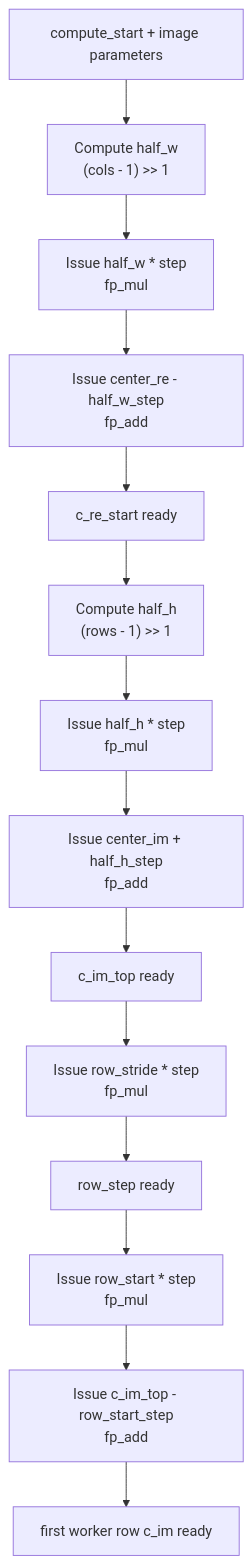
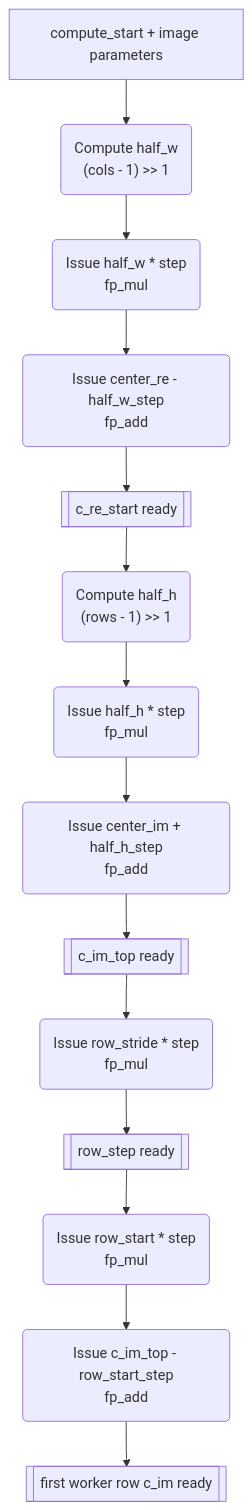
One commit to RESBI/FPGA-Mandelbrot-Demo changed the third of 11 diagrams in ARCHITECTURE.md. Above: the diagram before and after it, drawn with Mermaid. The commit also changed other lines of this file, not shown here.

Commit message:
Differentiate pipeline diagram stages

````diff
--- a/ARCHITECTURE.md
+++ b/ARCHITECTURE.md
@@ -326,16 +330,16 @@
 ```mermaid
 flowchart TB
-    START["compute_start + image parameters"] --> HW["Compute half_w<br/>(cols - 1) >> 1"]
-    HW --> MW["Issue half_w * step<br/>fp_mul"]
-    MW --> RE0["Issue center_re - half_w_step<br/>fp_add"]
-    RE0 --> CRE["c_re_start ready"]
-    CRE --> HH["Compute half_h<br/>(rows - 1) >> 1"]
-    HH --> MH["Issue half_h * step<br/>fp_mul"]
-    MH --> IMTOP["Issue center_im + half_h_step<br/>fp_add"]
-    IMTOP --> CIMTOP["c_im_top ready"]
-    CIMTOP --> RS["Issue row_stride * step<br/>fp_mul"]
-    RS --> ROWSTEP["row_step ready"]
-    ROWSTEP --> RSOFF["Issue row_start * step<br/>fp_mul"]
-    RSOFF --> RSUB["Issue c_im_top - row_start_step<br/>fp_add"]
-    RSUB --> FIRSTROW["first worker row c_im ready"]
+    START["compute_start + image parameters"] --> HW("Compute half_w<br/>(cols - 1) >> 1")
+    HW --> MW("Issue half_w * step<br/>fp_mul")
+    MW --> RE0("Issue center_re - half_w_step<br/>fp_add")
+    RE0 --> CRE[["c_re_start ready"]]
+    CRE --> HH("Compute half_h<br/>(rows - 1) >> 1")
+    HH --> MH("Issue half_h * step<br/>fp_mul")
+    MH --> IMTOP("Issue center_im + half_h_step<br/>fp_add")
+    IMTOP --> CIMTOP[["c_im_top ready"]]
+    CIMTOP --> RS("Issue row_stride * step<br/>fp_mul")
+    RS --> ROWSTEP[["row_step ready"]]
+    ROWSTEP --> RSOFF("Issue row_start * step<br/>fp_mul")
+    RSOFF --> RSUB("Issue c_im_top - row_start_step<br/>fp_add")
+    RSUB --> FIRSTROW[["first worker row c_im ready"]]
 ```
````
